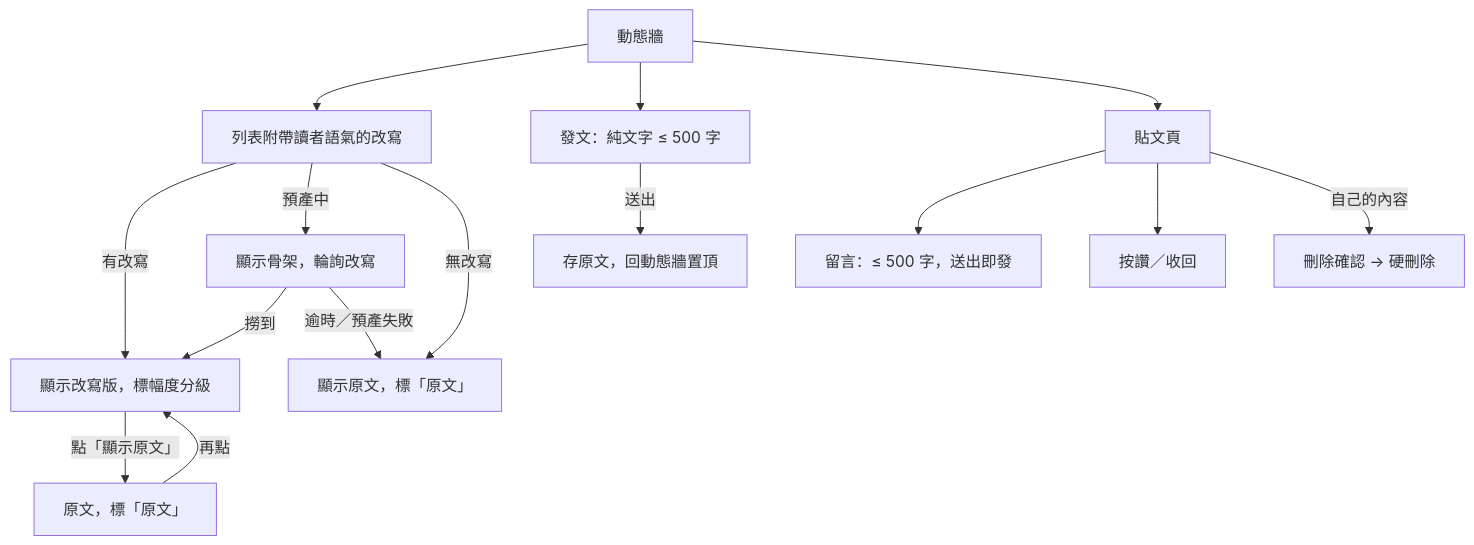
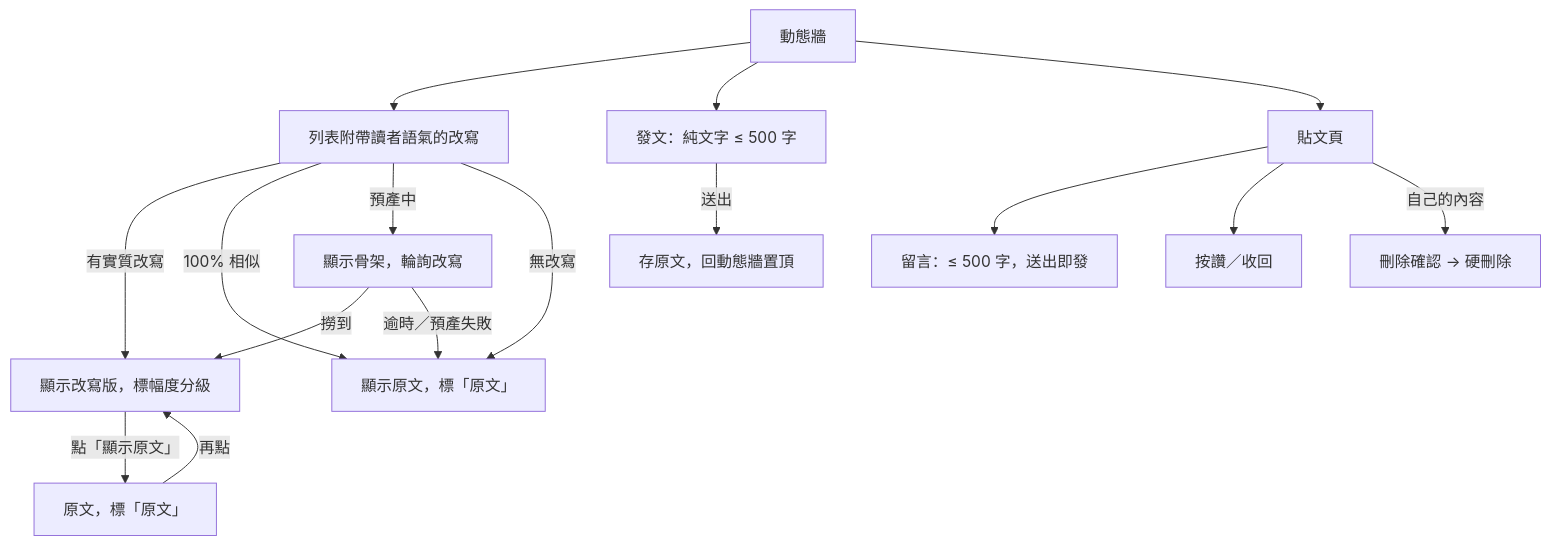
Before and after one commit to yeeway0609/ai-social: the diagram in backlog/docs/ai-social/doc-003 - 社群內容-PRD.md, drawn with Mermaid. The commit also changed 21 other files, not shown here.

````diff
--- a/backlog/docs/ai-social/doc-003 - 社群內容-PRD.md
+++ b/backlog/docs/ai-social/doc-003 - 社群內容-PRD.md
@@ -81,17 +81,18 @@
 ```mermaid
 flowchart TD
   A[動態牆] --> B[列表附帶讀者語氣的改寫]
-  B -- 有改寫 --> D[顯示改寫版，標幅度分級]
+  B -- 有實質改寫 --> D[顯示改寫版，標幅度分級]
+  B -- 100% 相似 --> E
   B -- 預產中 --> C[顯示骨架，輪詢改寫]
   C -- 撈到 --> D
   C -- 逾時／預產失敗 --> E[顯示原文，標「原文」]
   B -- 無改寫 --> E
   D -- 點「顯示原文」 --> F[原文，標「原文」]
   F -- 再點 --> D
   A --> G[發文：純文字 ≤ 500 字]
   G -- 送出 --> H[存原文，回動態牆置頂]
   A --> I[貼文頁]
   I --> J[留言：≤ 500 字，送出即發]
   I --> K[按讚／收回]
   I -- 自己的內容 --> L[刪除確認 → 硬刪除]
 ```
````
